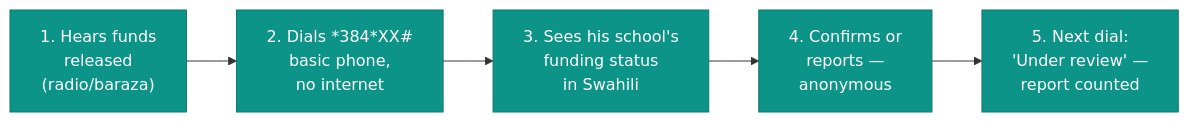
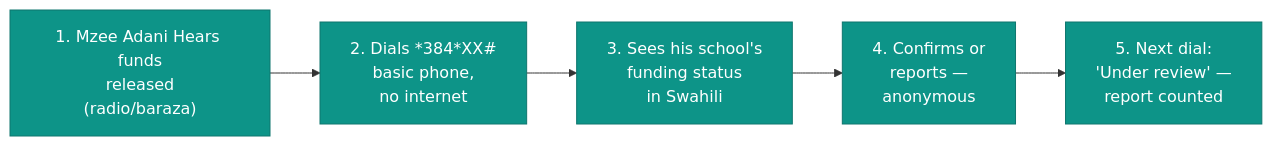
Before and after one commit to mercy-rotich/kamilimu: the second of 2 diagrams in README.md, drawn with Mermaid.

Commit message:
updates on the diagram

````diff
--- a/README.md
+++ b/README.md
@@ -147,16 +147,16 @@
 ```mermaid
 graph LR
-    J1["1. Hears funds<br/>released<br/>(radio/baraza)"]
+    J1["1. Mzee Adani Hears funds<br/>released<br/>(radio/baraza)"]
     J2["2. Dials *384*XX#<br/>basic phone,<br/>no internet"]
     J3["3. Sees his school's<br/>funding status<br/>in Swahili"]
     J4["4. Confirms or<br/>reports —<br/>anonymous"]
     J5["5. Next dial:<br/>'Under review' —<br/>report counted"]
 
     J1 --> J2
     J2 --> J3
     J3 --> J4
     J4 --> J5
 
     classDef step fill:#0d9488,stroke:#0f766e,color:#ffffff
     class J1,J2,J3,J4,J5 step
 ```
````
